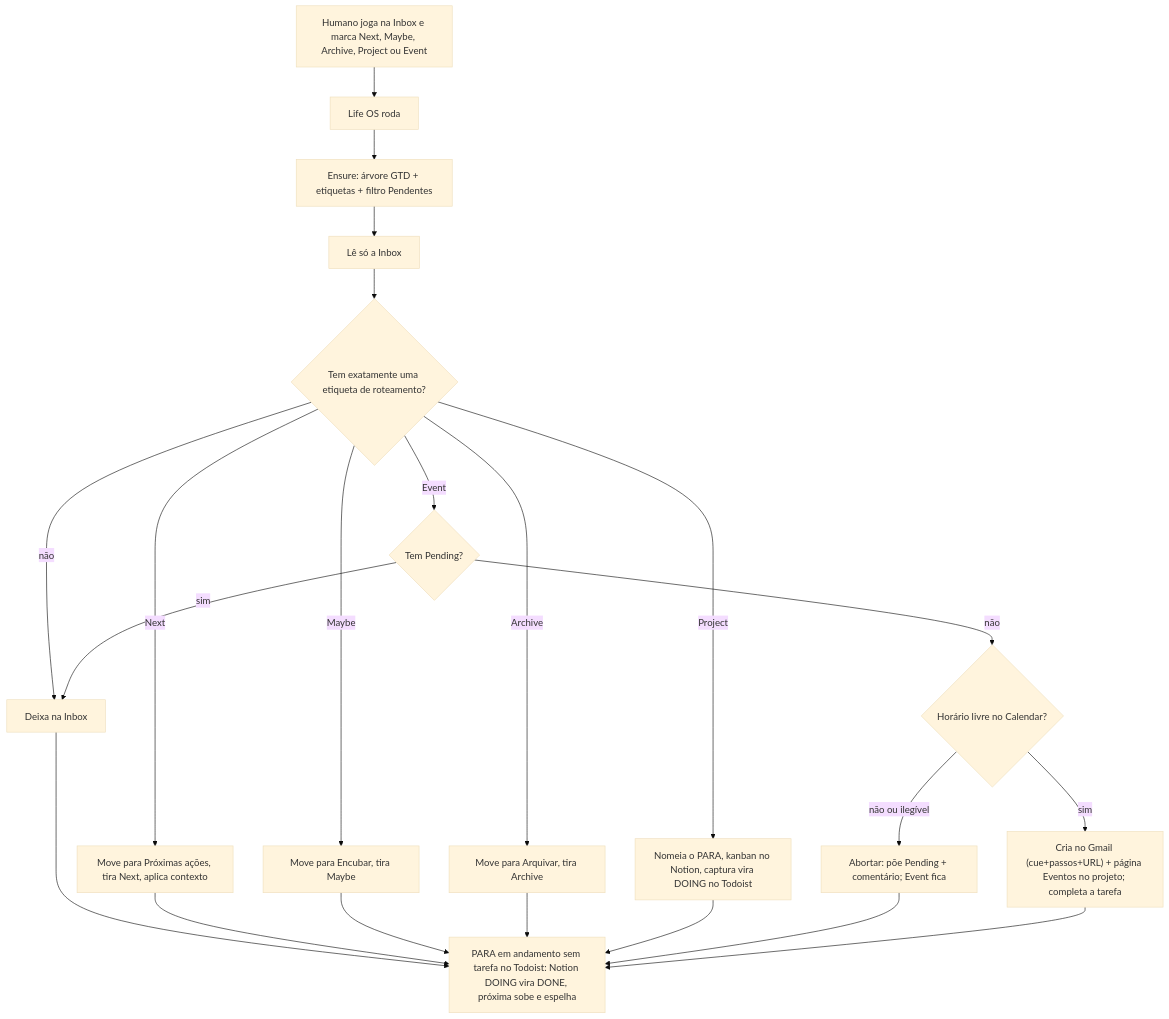
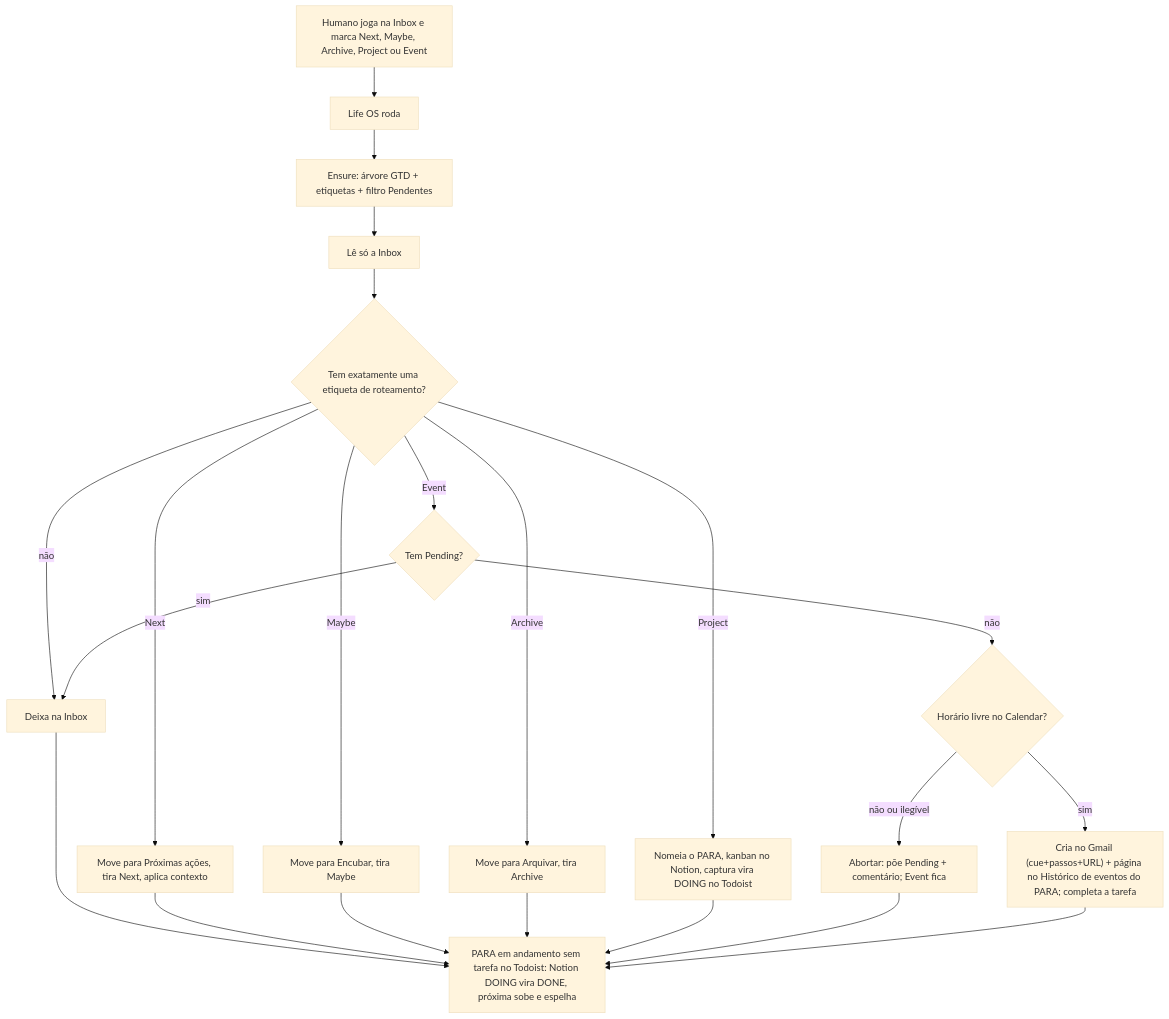
One commit to leandrobudaumoraes/MyLife changed the diagram in docs/specs/01-todoist-fluxo.md. Above: the diagram before and after it, drawn with Mermaid (base theme). The commit also changed other lines of this file and 10 other files, not shown here.

````diff
--- a/docs/specs/01-todoist-fluxo.md
+++ b/docs/specs/01-todoist-fluxo.md
@@ -174,25 +174,25 @@
 ```mermaid
 flowchart TB
   H["Humano joga na Inbox e marca Next, Maybe, Archive, Project ou Event"] --> RUN["Life OS roda"]
   RUN --> ENSURE["Ensure: árvore GTD + etiquetas + filtro Pendentes"]
   ENSURE --> INBOX["Lê só a Inbox"]
   INBOX --> FILTRO{"Tem exatamente uma etiqueta de roteamento?"}
   FILTRO -->|não| SKIP["Deixa na Inbox"]
   FILTRO -->|Next| NEXT["Move para Próximas ações, tira Next, aplica contexto"]
   FILTRO -->|Maybe| MAYBE["Move para Encubar, tira Maybe"]
   FILTRO -->|Archive| ARQ["Move para Arquivar, tira Archive"]
   FILTRO -->|Project| PROJ["Nomeia o PARA, kanban no Notion, captura vira DOING no Todoist"]
   FILTRO -->|Event| PEND{"Tem Pending?"}
   PEND -->|sim| SKIP
   PEND -->|não| SLOT{"Horário livre no Calendar?"}
   SLOT -->|não ou ilegível| LOCK["Abortar: põe Pending + comentário; Event fica"]
-  SLOT -->|sim| CAL["Cria no Gmail (cue+passos+URL) + página Eventos no projeto; completa a tarefa"]
+  SLOT -->|sim| CAL["Cria no Gmail (cue+passos+URL) + página no Histórico de eventos do PARA; completa a tarefa"]
   SKIP --> ADVANCE
   NEXT --> ADVANCE
   MAYBE --> ADVANCE
   ARQ --> ADVANCE
   PROJ --> ADVANCE
   LOCK --> ADVANCE
   CAL --> ADVANCE
   ADVANCE["PARA em andamento sem tarefa no Todoist: Notion DOING vira DONE, próxima sobe e espelha"]
 ```
````
